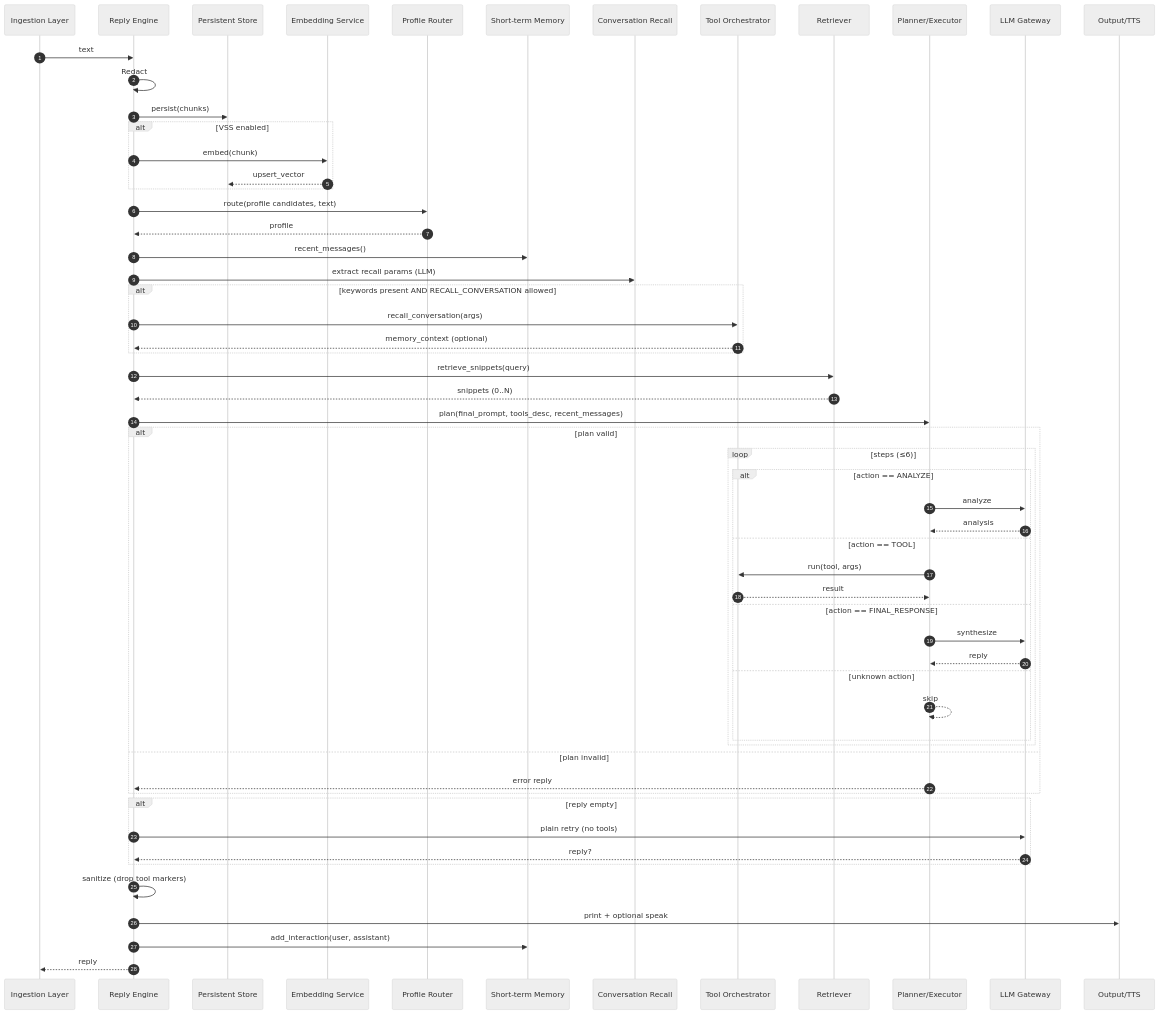
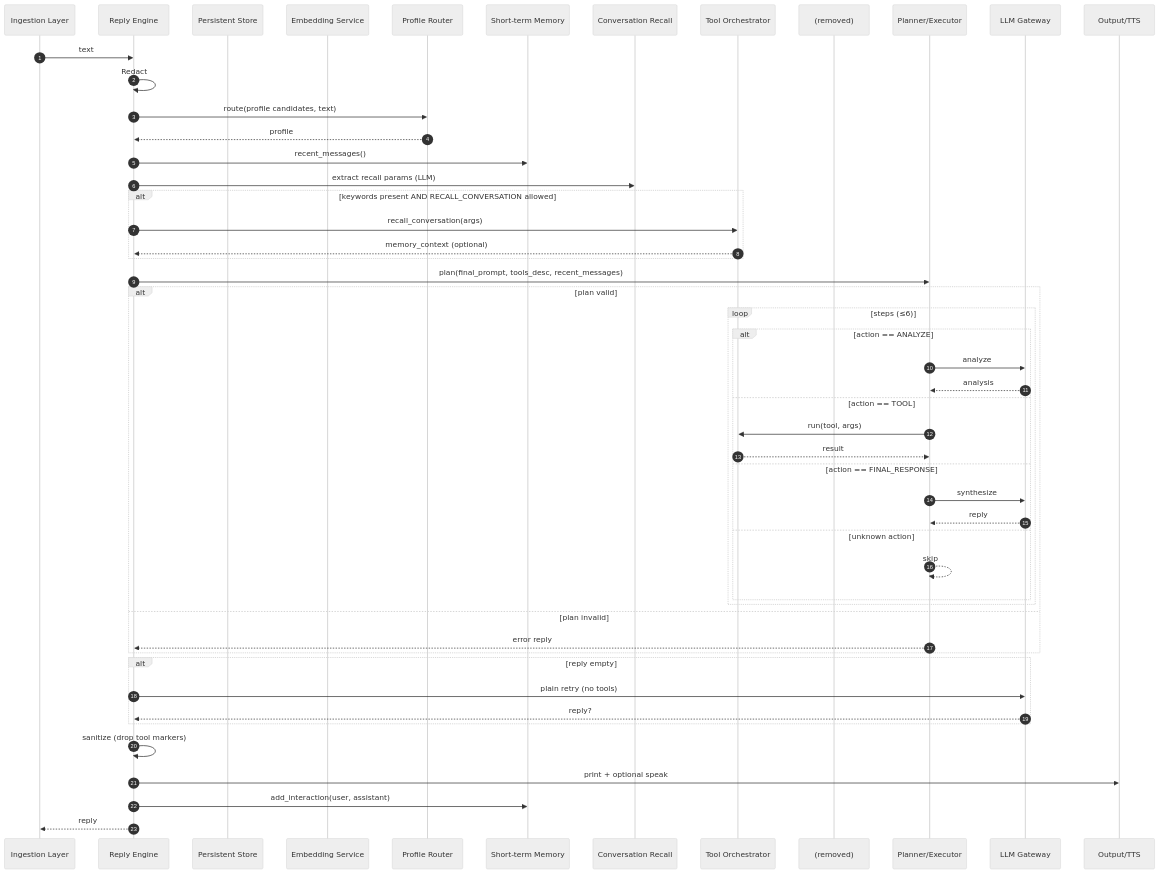
One commit to isair/jarvis changed the diagram in src/jarvis/reply.spec.md. Above: the diagram before and after it, drawn with Mermaid (neutral theme). The commit also changed other lines of this file and 14 other files, not shown here.

````diff
--- a/src/jarvis/reply.spec.md
+++ b/src/jarvis/reply.spec.md
@@ -95,61 +89,54 @@
 ```mermaid
 sequenceDiagram
   autonumber
   participant Caller as Ingestion Layer
   participant Engine as Reply Engine
   participant Store as Persistent Store
   participant Emb as Embedding Service
   participant Router as Profile Router
   participant ShortMem as Short-term Memory
   participant Recall as Conversation Recall
   participant Tools as Tool Orchestrator
-  participant Ret as Retriever
+  participant Ret as (removed)
   participant Plan as Planner/Executor
   participant LLM as LLM Gateway
   participant Out as Output/TTS
 
   Caller->>Engine: text
   Engine->>Engine: Redact
-  Engine->>Store: persist(chunks)
-  alt VSS enabled
-    Engine->>Emb: embed(chunk)
-    Emb-->>Store: upsert_vector
-  end
   Engine->>Router: route(profile candidates, text)
   Router-->>Engine: profile
   Engine->>ShortMem: recent_messages()
   Engine->>Recall: extract recall params (LLM)
   alt keywords present AND RECALL_CONVERSATION allowed
     Engine->>Tools: recall_conversation(args)
     Tools-->>Engine: memory_context (optional)
   end
-  Engine->>Ret: retrieve_snippets(query)
-  Ret-->>Engine: snippets (0..N)
   Engine->>Plan: plan(final_prompt, tools_desc, recent_messages)
   alt plan valid
     loop steps (≤6)
       alt action == ANALYZE
         Plan->>LLM: analyze
         LLM-->>Plan: analysis
       else action == TOOL
         Plan->>Tools: run(tool, args)
         Tools-->>Plan: result
       else action == FINAL_RESPONSE
         Plan->>LLM: synthesize
         LLM-->>Plan: reply
       else unknown action
         Plan-->>Plan: skip
       end
     end
   else plan invalid
     Plan-->>Engine: error reply
   end
   alt reply empty
     Engine->>LLM: plain retry (no tools)
     LLM-->>Engine: reply?
   end
   Engine->>Engine: sanitize (drop tool markers)
   Engine->>Out: print + optional speak
   Engine->>ShortMem: add_interaction(user, assistant)
   Engine-->>Caller: reply
 ```
````
